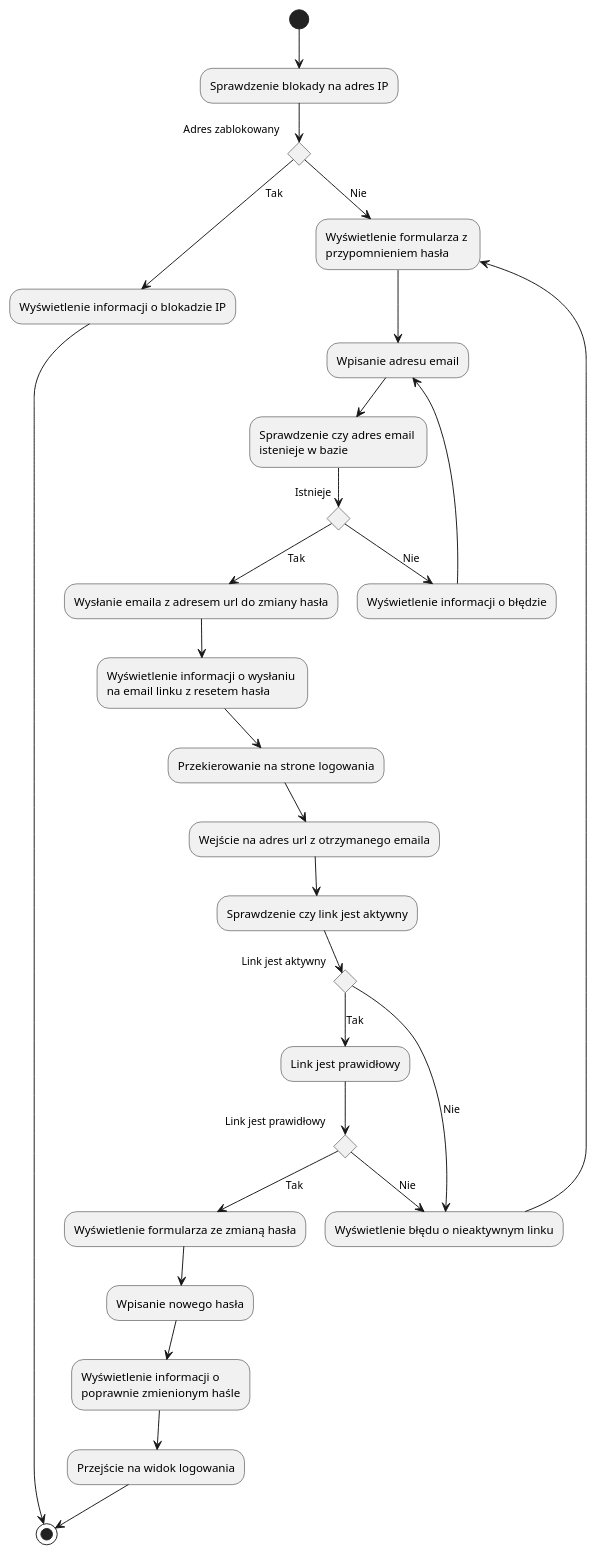
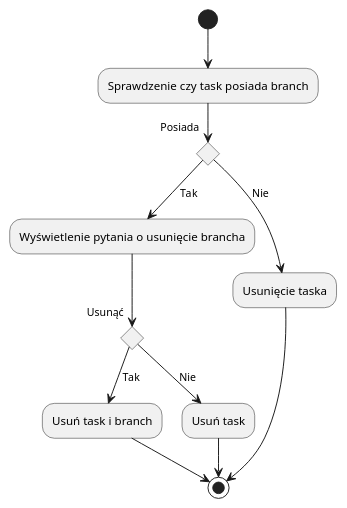
One commit to BurdalskiBartosz/effective-combine changed the fourth of 6 diagrams in docs/funkcjonalnosci/aplikacja/task.md. Above: the diagram before and after it, drawn with PlantUML. The commit also changed other lines of this file and 4 other files, not shown here.

```diff
--- a/docs/funkcjonalnosci/aplikacja/task.md
+++ b/docs/funkcjonalnosci/aplikacja/task.md
@@ -82,36 +93,17 @@
 @startuml
-(*) --> "Sprawdzenie blokady na adres IP"
-if "Adres zablokowany" then
-    --> [Tak] "Wyświetlenie informacji o blokadzie IP"
-    --> (*)
-else
-    --> [Nie] "Wyświetlenie formularza z \nprzypomnieniem hasła"
-endif
---> "Wpisanie adresu email"
---> "Sprawdzenie czy adres email \nistenieje w bazie"
-if "Istnieje" then
-    --> [Tak] "Wysłanie emaila z adresem url do zmiany hasła"
-    --> "Wyświetlenie informacji o wysłaniu \nna email linku z resetem hasła"
-    --> "Przekierowanie na strone logowania"
-    --> "Wejście na adres url z otrzymanego emaila"
-    --> "Sprawdzenie czy link jest aktywny"
-    if "Link jest aktywny" then
-      --> [Tak] "Link jest prawidłowy"
-      if "Link jest prawidłowy" then
-        --> [Tak] "Wyświetlenie formularza ze zmianą hasła"
-        --> "Wpisanie nowego hasła"
-        --> "Wyświetlenie informacji o \npoprawnie zmienionym haśle"
-        --> "Przejście na widok logowania"
-        --> (*)
-      else
-        --> [Nie] "Wyświetlenie błędu o nieaktywnym linku"
-      endif
+(*) --> "Sprawdzenie czy task posiada branch"
+if "Posiada" then
+    --> [Tak] Wyświetlenie pytania o usunięcie brancha
+    if "Usunąć" then
+      --> [Tak] Usuń task i branch
+      --> (*)
     else
-        --> [Nie] "Wyświetlenie błędu o nieaktywnym linku"
-        --> "Wyświetlenie formularza z \nprzypomnieniem hasła"
+      --> [Nie] Usuń task
+      --> (*)
     endif
 else
-    --> [Nie] "Wyświetlenie informacji o błędzie"
-    --> "Wpisanie adresu email"
+  --> [Nie] Usunięcie taska
+  --> (*)
 endif
+
 @enduml
```
